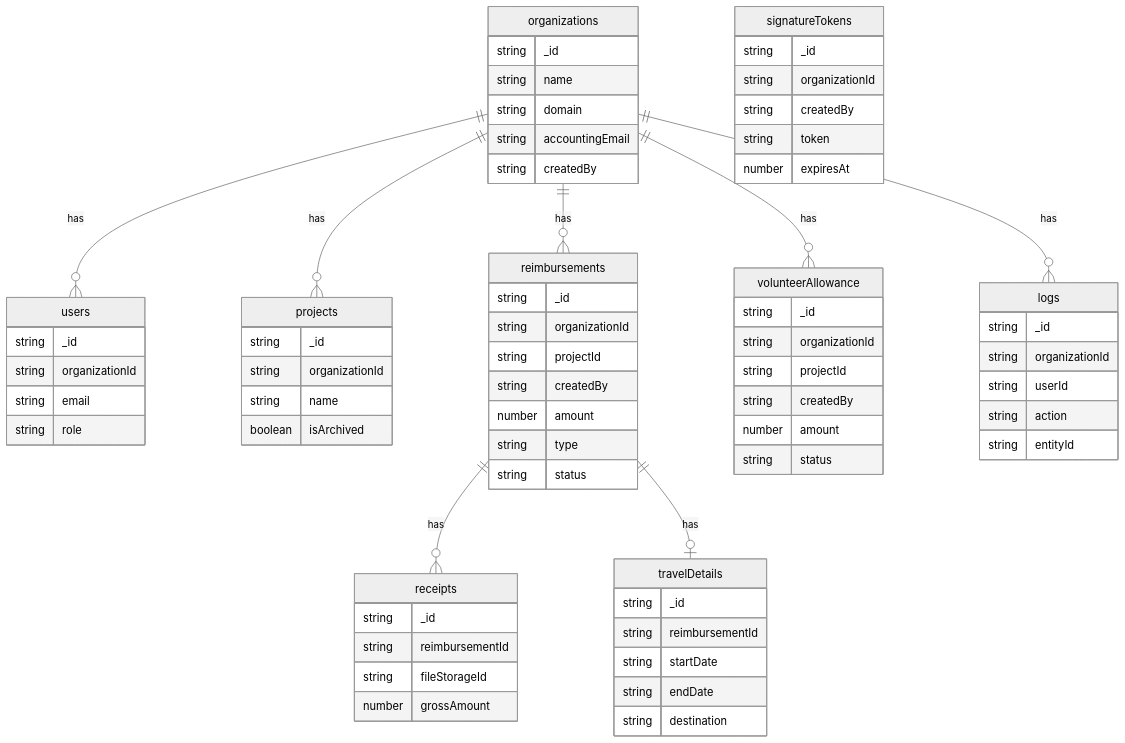
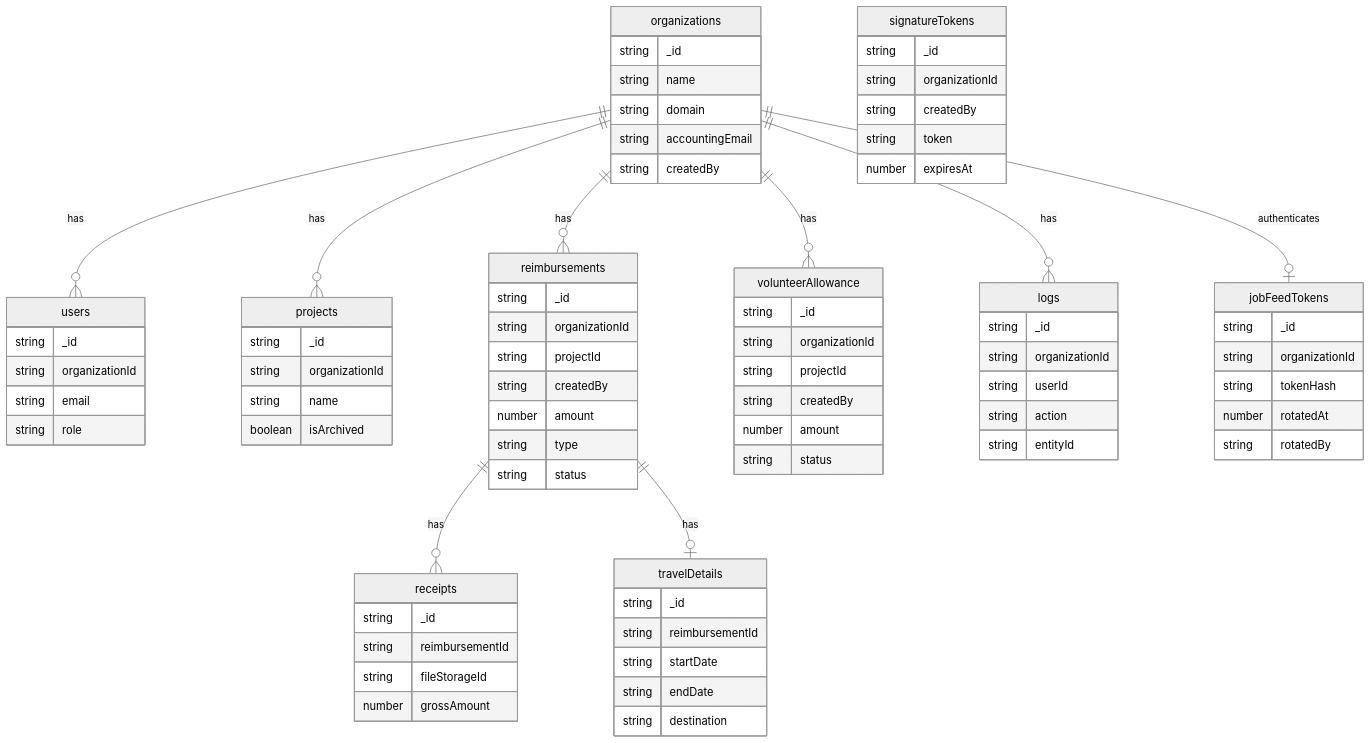
Before and after one commit to yfndev/ybase: the diagram in docs/schema.md, drawn with Mermaid (neutral theme). The commit also changed 10 other files, not shown here.

Commit message:
feat(job-feed): expose authenticated organization feed

```diff
--- a/docs/schema.md
+++ b/docs/schema.md
@@ -11,6 +11,7 @@
     organizations ||--o{ reimbursements : has
     organizations ||--o{ volunteerAllowance : has
     organizations ||--o{ logs : has
+    organizations ||--o| jobFeedTokens : authenticates
     reimbursements ||--o{ receipts : has
     reimbursements ||--o| travelDetails : has
 
@@ -20,6 +21,14 @@
         string domain
         string accountingEmail
         string createdBy
+    }
+
+    jobFeedTokens {
+        string _id
+        string organizationId
+        string tokenHash
+        number rotatedAt
+        string rotatedBy
     }
 
     users {
```
